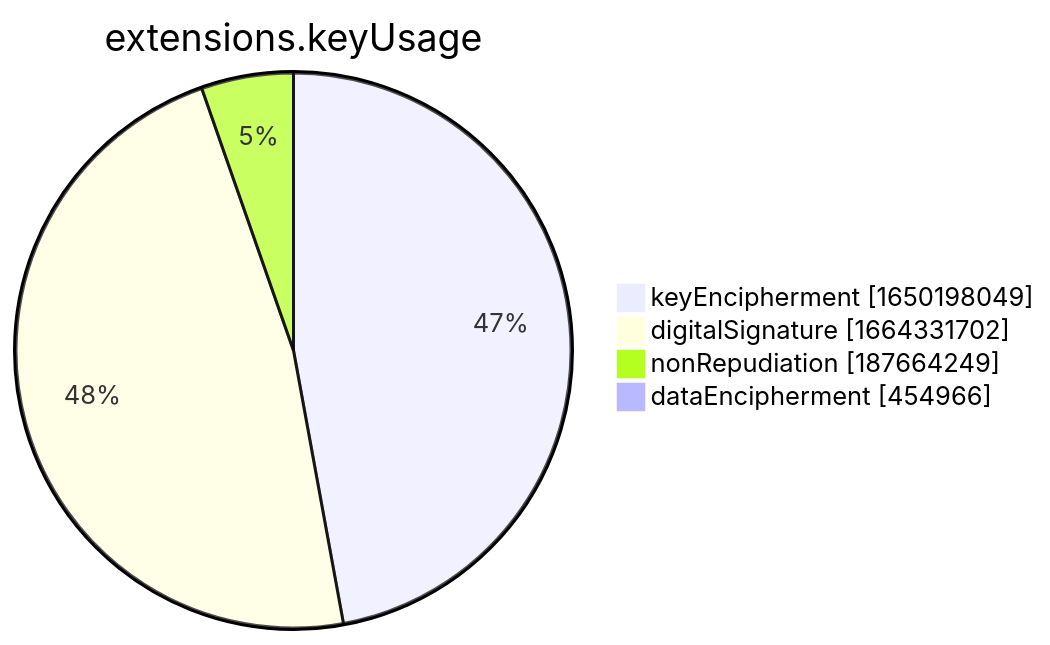
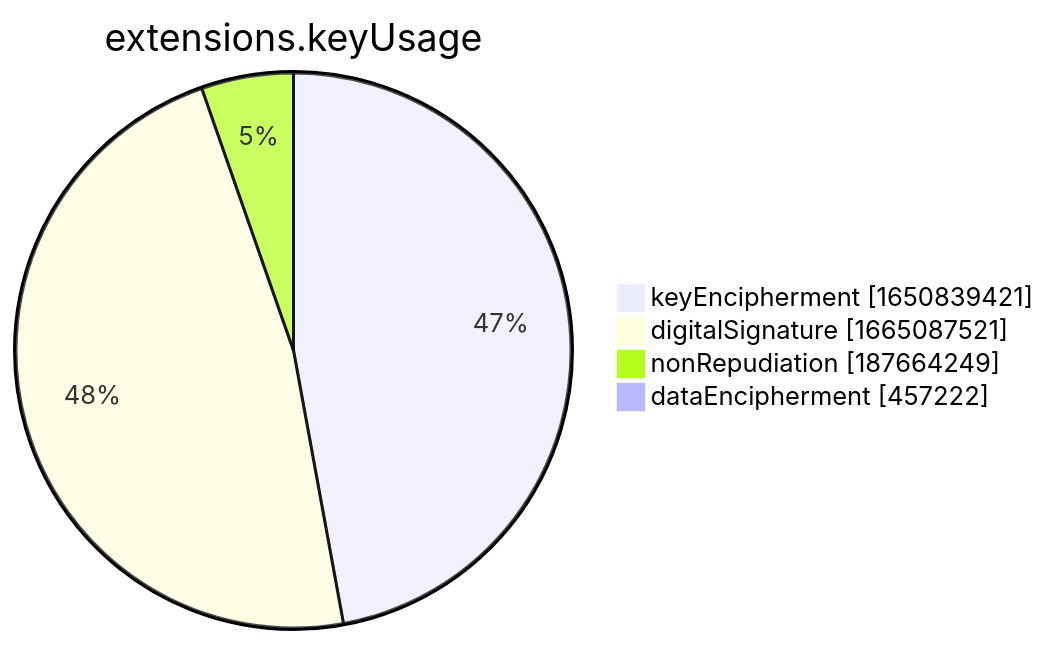
One commit to christiankrug/ctmonitor_visualization changed the seventh of 15 diagrams in xenon2022/README.md. Above: the diagram before and after it, drawn with Mermaid. The commit also changed other lines of this file, not shown here.

````diff
--- a/xenon2022/README.md
+++ b/xenon2022/README.md
@@ -2857,8 +2857,8 @@
 ```mermaid
 pie showData
 title extensions.keyUsage
-"keyEncipherment" :1650198049
-"digitalSignature" :1664331702
+"keyEncipherment" :1650839421
+"digitalSignature" :1665087521
 "nonRepudiation" :187664249
-"dataEncipherment" :454966
+"dataEncipherment" :457222
 ```
````
